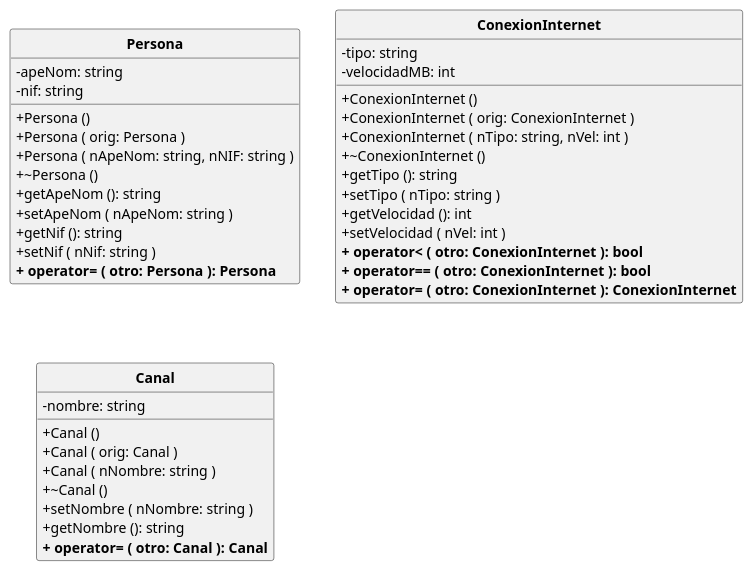
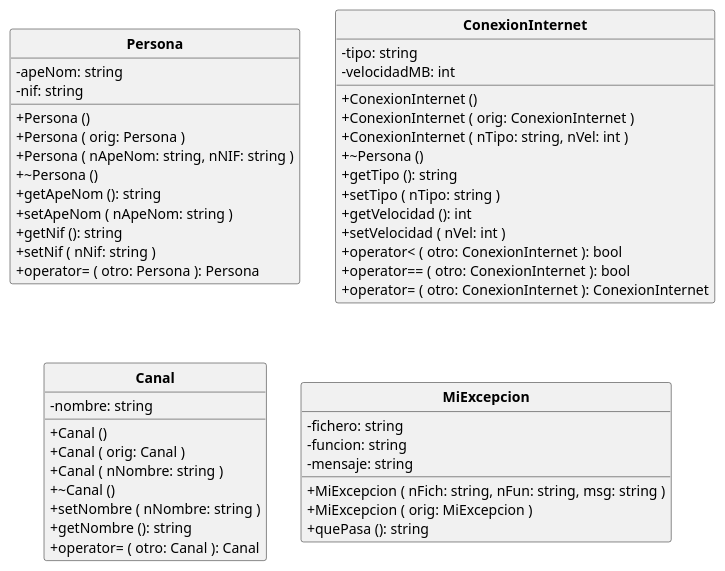
One commit to POOUJA/PooFusion changed the diagram in PooFusion.puml. Above: the diagram before and after it, drawn with PlantUML. The commit also changed 1 other file, not shown here.

Commit message:
UML para la sesión 2_5
- Actualizados los diagramas de clases en formato PlantUML y UMLet

```diff
--- a/PooFusion.puml
+++ b/PooFusion.puml
@@ -1,48 +1,57 @@
 @startuml
 
 hide circle
 skinparam classattributeiconsize 0
 skinparam classFontStyle bold
 
 class Persona {
  - apeNom: string
  - nif: string
  + Persona ()
  + Persona ( orig: Persona )
  + Persona ( nApeNom: string, nNIF: string )
  + ~Persona ()
  + getApeNom (): string
  + setApeNom ( nApeNom: string )
  + getNif (): string
  + setNif ( nNif: string )
- <b>+ operator= ( otro: Persona ): Persona
+ + operator= ( otro: Persona ): Persona
 }
 
 class ConexionInternet {
  - tipo: string
  - velocidadMB: int
  + ConexionInternet ()
  + ConexionInternet ( orig: ConexionInternet )
  + ConexionInternet ( nTipo: string, nVel: int )
- + ~ConexionInternet ()
+ + ~Persona ()
  + getTipo (): string
  + setTipo ( nTipo: string )
  + getVelocidad (): int
  + setVelocidad ( nVel: int )
- <b>+ operator< ( otro: ConexionInternet ): bool
- <b>+ operator== ( otro: ConexionInternet ): bool
- <b>+ operator= ( otro: ConexionInternet ): ConexionInternet
+ + operator< ( otro: ConexionInternet ): bool
+ + operator== ( otro: ConexionInternet ): bool
+ + operator= ( otro: ConexionInternet ): ConexionInternet
 }
 
 class Canal {
  - nombre: string
  + Canal ()
  + Canal ( orig: Canal )
  + Canal ( nNombre: string )
  + ~Canal ()
  + setNombre ( nNombre: string )
  + getNombre (): string
- <b>+ operator= ( otro: Canal ): Canal
+ + operator= ( otro: Canal ): Canal
+}
+
+class MiExcepcion{
+ - fichero: string
+ - funcion: string
+ - mensaje: string
+ + MiExcepcion ( nFich: string, nFun: string, msg: string )
+ + MiExcepcion ( orig: MiExcepcion )
+ + quePasa (): string
 }
 
 @enduml
```
